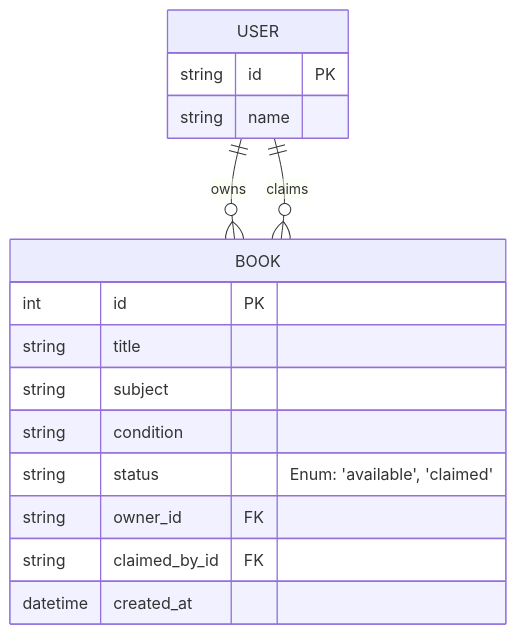
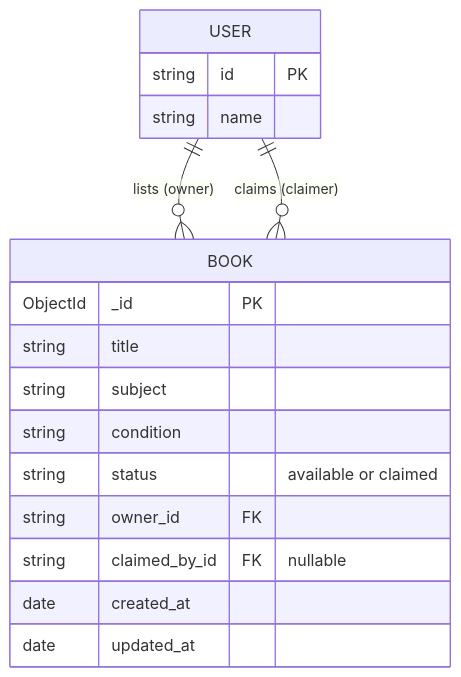
Before and after one commit to SathwikRyapaka/Book-Shelf-Swap: the diagram in README.md, drawn with Mermaid. The commit also changed other lines of this file and 2047 other files, not shown here.

````diff
--- a/README.md
+++ b/README.md
@@ -47,21 +19,22 @@
 ```mermaid
 erDiagram
-    USER ||--o{ BOOK : "owns"
-    USER ||--o{ BOOK : "claims"
-    
+    USER ||--o{ BOOK : "lists (owner)"
+    USER ||--o{ BOOK : "claims (claimer)"
+
     USER {
         string id PK
         string name
     }
-    
+
     BOOK {
-        int id PK
+        ObjectId _id PK
         string title
         string subject
         string condition
-        string status "Enum: 'available', 'claimed'"
+        string status "available or claimed"
         string owner_id FK
-        string claimed_by_id FK
-        datetime created_at
+        string claimed_by_id FK "nullable"
+        date created_at
+        date updated_at
     }
 ```
````
